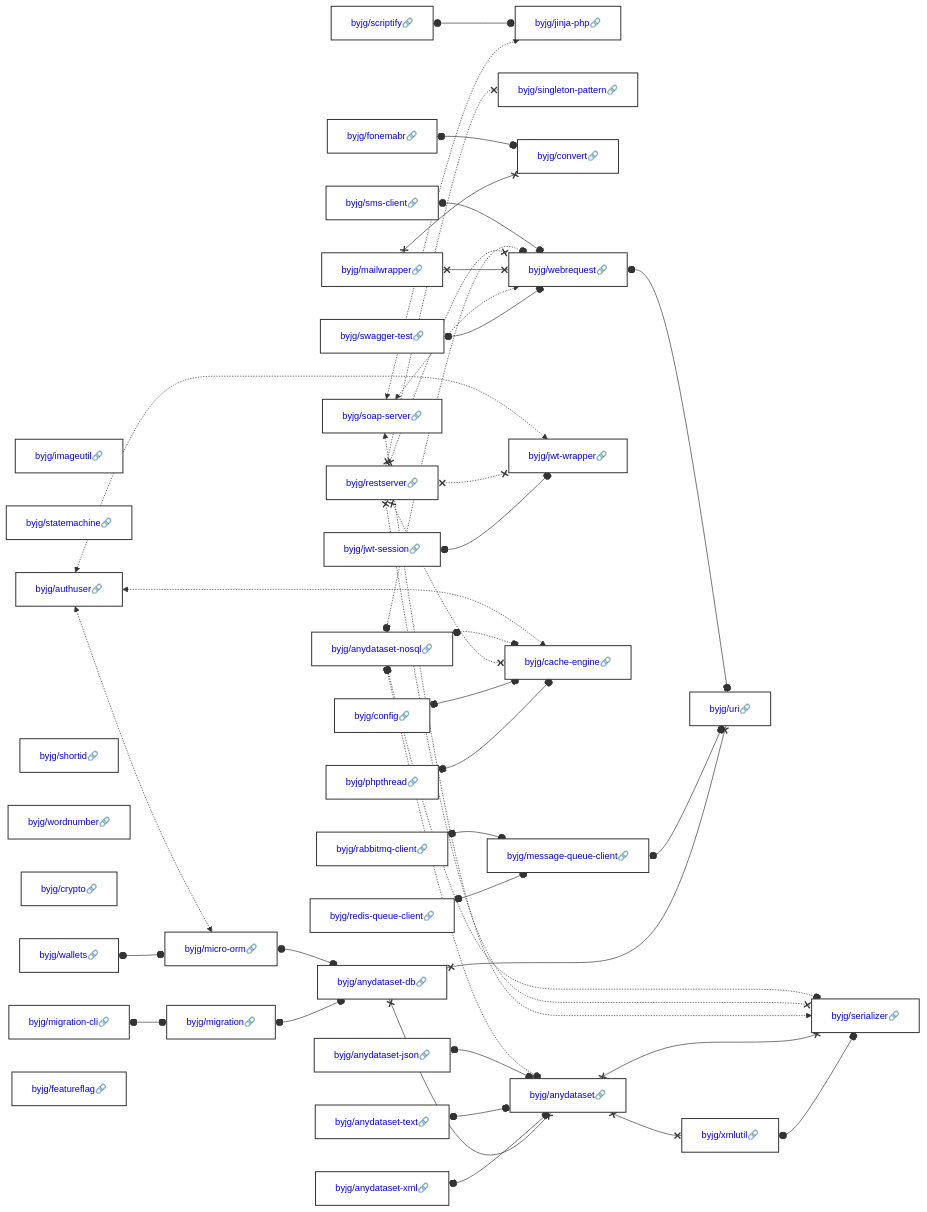
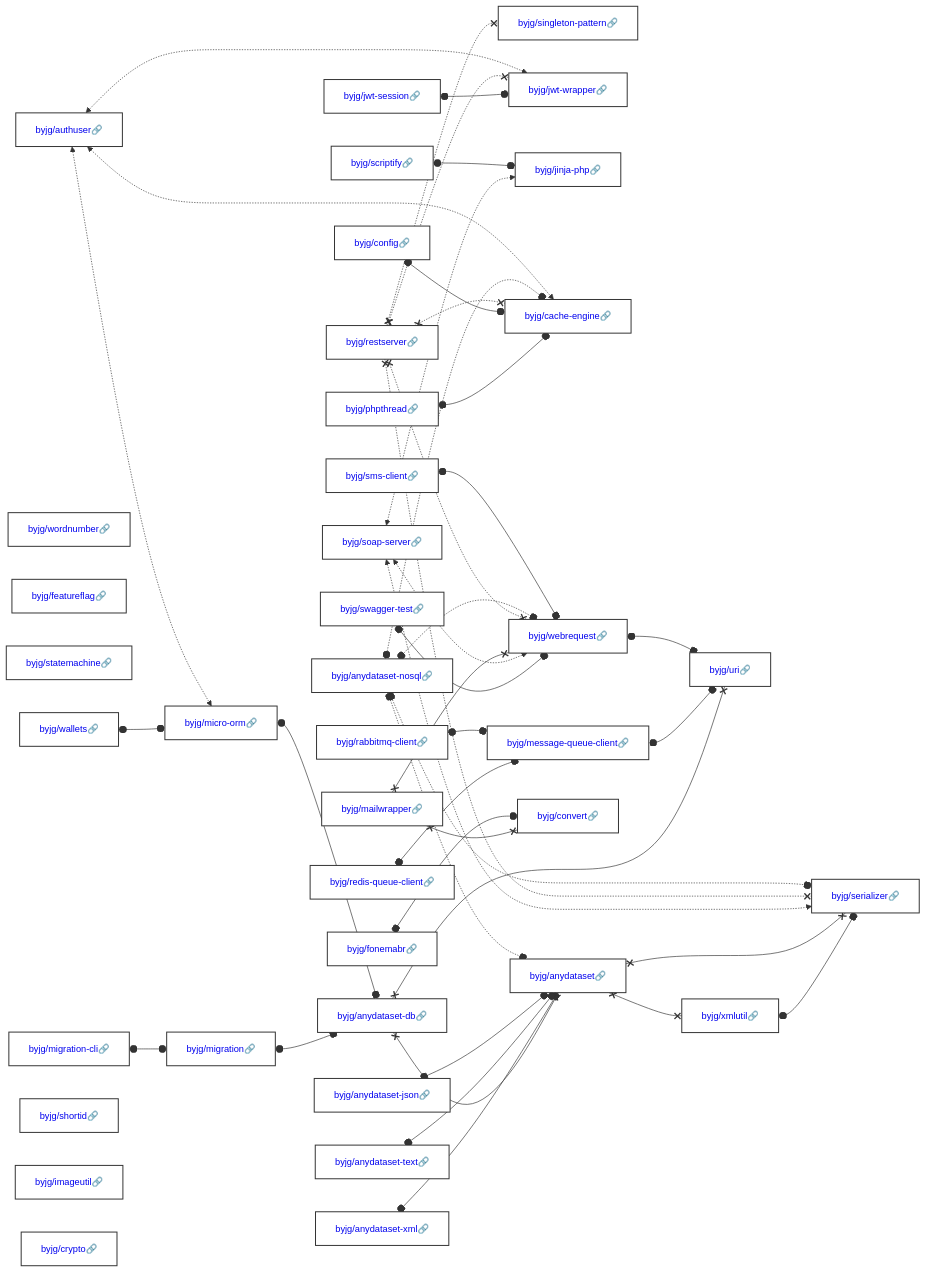
One commit to byjg/byjg.github.io changed the diagram in docs/php/README.md. Above: the diagram before and after it, drawn with Mermaid. The commit also changed other lines of this file and 7 other files, not shown here.

Commit message:
Update documentation 'php' 'php-migration'

````diff
--- a/docs/php/README.md
+++ b/docs/php/README.md
@@ -3,39 +3,39 @@
 ```mermaid
 graph LR;
+  byjg/migration-cli[<a href='https://opensource.byjg.com/docs/php/migration-cli' style='text-decoration:none'>byjg/migration-cli🔗</a>];
+  byjg/anydataset-json[<a href='https://opensource.byjg.com/docs/php/anydataset-json' style='text-decoration:none'>byjg/anydataset-json🔗</a>];
+  byjg/wordnumber[<a href='https://opensource.byjg.com/docs/php/wordnumber' style='text-decoration:none'>byjg/wordnumber🔗</a>];
+  byjg/featureflag[<a href='https://opensource.byjg.com/docs/php/featureflag' style='text-decoration:none'>byjg/featureflag🔗</a>];
+  byjg/statemachine[<a href='https://opensource.byjg.com/docs/php/statemachine' style='text-decoration:none'>byjg/statemachine🔗</a>];
+  byjg/mailwrapper[<a href='https://opensource.byjg.com/docs/php/mailwrapper' style='text-decoration:none'>byjg/mailwrapper🔗</a>];
+  byjg/authuser[<a href='https://opensource.byjg.com/docs/php/authuser' style='text-decoration:none'>byjg/authuser🔗</a>];
+  byjg/rabbitmq-client[<a href='https://opensource.byjg.com/docs/php/rabbitmq-client' style='text-decoration:none'>byjg/rabbitmq-client🔗</a>];
+  byjg/anydataset-xml[<a href='https://opensource.byjg.com/docs/php/anydataset-xml' style='text-decoration:none'>byjg/anydataset-xml🔗</a>];
+  byjg/wallets[<a href='https://opensource.byjg.com/docs/php/wallets' style='text-decoration:none'>byjg/wallets🔗</a>];
+  byjg/restserver[<a href='https://opensource.byjg.com/docs/php/restserver' style='text-decoration:none'>byjg/restserver🔗</a>];
+  byjg/shortid[<a href='https://opensource.byjg.com/docs/php/shortid' style='text-decoration:none'>byjg/shortid🔗</a>];
   byjg/soap-server[<a href='https://opensource.byjg.com/docs/php/soap-server' style='text-decoration:none'>byjg/soap-server🔗</a>];
+  byjg/swagger-test[<a href='https://opensource.byjg.com/docs/php/swagger-test' style='text-decoration:none'>byjg/swagger-test🔗</a>];
   byjg/imageutil[<a href='https://opensource.byjg.com/docs/php/imageutil' style='text-decoration:none'>byjg/imageutil🔗</a>];
-  byjg/mailwrapper[<a href='https://opensource.byjg.com/docs/php/mailwrapper' style='text-decoration:none'>byjg/mailwrapper🔗</a>];
   byjg/config[<a href='https://opensource.byjg.com/docs/php/config' style='text-decoration:none'>byjg/config🔗</a>];
+  byjg/anydataset-nosql[<a href='https://opensource.byjg.com/docs/php/anydataset-nosql' style='text-decoration:none'>byjg/anydataset-nosql🔗</a>];
+  byjg/crypto[<a href='https://opensource.byjg.com/docs/php/crypto' style='text-decoration:none'>byjg/crypto🔗</a>];
+  byjg/jwt-session[<a href='https://opensource.byjg.com/docs/php/jwt-session' style='text-decoration:none'>byjg/jwt-session🔗</a>];
   byjg/scriptify[<a href='https://opensource.byjg.com/docs/php/scriptify' style='text-decoration:none'>byjg/scriptify🔗</a>];
-  byjg/statemachine[<a href='https://opensource.byjg.com/docs/php/statemachine' style='text-decoration:none'>byjg/statemachine🔗</a>];
-  byjg/wallets[<a href='https://opensource.byjg.com/docs/php/wallets' style='text-decoration:none'>byjg/wallets🔗</a>];
-  byjg/shortid[<a href='https://opensource.byjg.com/docs/php/shortid' style='text-decoration:none'>byjg/shortid🔗</a>];
-  byjg/wordnumber[<a href='https://opensource.byjg.com/docs/php/wordnumber' style='text-decoration:none'>byjg/wordnumber🔗</a>];
-  byjg/anydataset-nosql[<a href='https://opensource.byjg.com/docs/php/anydataset-nosql' style='text-decoration:none'>byjg/anydataset-nosql🔗</a>];
-  byjg/restserver[<a href='https://opensource.byjg.com/docs/php/restserver' style='text-decoration:none'>byjg/restserver🔗</a>];
+  byjg/phpthread[<a href='https://opensource.byjg.com/docs/php/phpthread' style='text-decoration:none'>byjg/phpthread🔗</a>];
   byjg/sms-client[<a href='https://opensource.byjg.com/docs/php/sms-client' style='text-decoration:none'>byjg/sms-client🔗</a>];
   byjg/redis-queue-client[<a href='https://opensource.byjg.com/docs/php/redis-queue-client' style='text-decoration:none'>byjg/redis-queue-client🔗</a>];
-  byjg/crypto[<a href='https://opensource.byjg.com/docs/php/crypto' style='text-decoration:none'>byjg/crypto🔗</a>];
-  byjg/jwt-session[<a href='https://opensource.byjg.com/docs/php/jwt-session' style='text-decoration:none'>byjg/jwt-session🔗</a>];
-  byjg/anydataset-json[<a href='https://opensource.byjg.com/docs/php/anydataset-json' style='text-decoration:none'>byjg/anydataset-json🔗</a>];
   byjg/fonemabr[<a href='https://opensource.byjg.com/docs/php/fonemabr' style='text-decoration:none'>byjg/fonemabr🔗</a>];
-  byjg/migration-cli[<a href='https://opensource.byjg.com/docs/php/migration-cli' style='text-decoration:none'>byjg/migration-cli🔗</a>];
-  byjg/swagger-test[<a href='https://opensource.byjg.com/docs/php/swagger-test' style='text-decoration:none'>byjg/swagger-test🔗</a>];
-  byjg/authuser[<a href='https://opensource.byjg.com/docs/php/authuser' style='text-decoration:none'>byjg/authuser🔗</a>];
-  byjg/featureflag[<a href='https://opensource.byjg.com/docs/php/featureflag' style='text-decoration:none'>byjg/featureflag🔗</a>];
   byjg/anydataset-text[<a href='https://opensource.byjg.com/docs/php/anydataset-text' style='text-decoration:none'>byjg/anydataset-text🔗</a>];
-  byjg/anydataset-xml[<a href='https://opensource.byjg.com/docs/php/anydataset-xml' style='text-decoration:none'>byjg/anydataset-xml🔗</a>];
-  byjg/phpthread[<a href='https://opensource.byjg.com/docs/php/phpthread' style='text-decoration:none'>byjg/phpthread🔗</a>];
-  byjg/rabbitmq-client[<a href='https://opensource.byjg.com/docs/php/rabbitmq-client' style='text-decoration:none'>byjg/rabbitmq-client🔗</a>];
+  byjg/migration[<a href='https://opensource.byjg.com/docs/php/migration' style='text-decoration:none'>byjg/migration🔗</a>];
+  byjg/micro-orm[<a href='https://opensource.byjg.com/docs/php/micro-orm' style='text-decoration:none'>byjg/micro-orm🔗</a>];
+  byjg/singleton-pattern[<a href='https://opensource.byjg.com/docs/php/singleton-pattern' style='text-decoration:none'>byjg/singleton-pattern🔗</a>];
+  byjg/jwt-wrapper[<a href='https://opensource.byjg.com/docs/php/jwt-wrapper' style='text-decoration:none'>byjg/jwt-wrapper🔗</a>];
   byjg/jinja-php[<a href='https://opensource.byjg.com/docs/php/jinja-php' style='text-decoration:none'>byjg/jinja-php🔗</a>];
-  byjg/singleton-pattern[<a href='https://opensource.byjg.com/docs/php/singleton-pattern' style='text-decoration:none'>byjg/singleton-pattern🔗</a>];
+  byjg/cache-engine[<a href='https://opensource.byjg.com/docs/php/cache-engine' style='text-decoration:none'>byjg/cache-engine🔗</a>];
+  byjg/webrequest[<a href='https://opensource.byjg.com/docs/php/webrequest' style='text-decoration:none'>byjg/webrequest🔗</a>];
+  byjg/message-queue-client[<a href='https://opensource.byjg.com/docs/php/message-queue-client' style='text-decoration:none'>byjg/message-queue-client🔗</a>];
   byjg/convert[<a href='https://opensource.byjg.com/docs/php/convert' style='text-decoration:none'>byjg/convert🔗</a>];
-  byjg/migration[<a href='https://opensource.byjg.com/docs/php/migration' style='text-decoration:none'>byjg/migration🔗</a>];
-  byjg/webrequest[<a href='https://opensource.byjg.com/docs/php/webrequest' style='text-decoration:none'>byjg/webrequest🔗</a>];
-  byjg/micro-orm[<a href='https://opensource.byjg.com/docs/php/micro-orm' style='text-decoration:none'>byjg/micro-orm🔗</a>];
-  byjg/jwt-wrapper[<a href='https://opensource.byjg.com/docs/php/jwt-wrapper' style='text-decoration:none'>byjg/jwt-wrapper🔗</a>];
-  byjg/cache-engine[<a href='https://opensource.byjg.com/docs/php/cache-engine' style='text-decoration:none'>byjg/cache-engine🔗</a>];
-  byjg/message-queue-client[<a href='https://opensource.byjg.com/docs/php/message-queue-client' style='text-decoration:none'>byjg/message-queue-client🔗</a>];
   byjg/anydataset-db[<a href='https://opensource.byjg.com/docs/php/anydataset-db' style='text-decoration:none'>byjg/anydataset-db🔗</a>];
   byjg/anydataset[<a href='https://opensource.byjg.com/docs/php/anydataset' style='text-decoration:none'>byjg/anydataset🔗</a>];
   byjg/uri[<a href='https://opensource.byjg.com/docs/php/uri' style='text-decoration:none'>byjg/uri🔗</a>];
@@ -44,7 +44,6 @@
   byjg/xmlutil o--o byjg/serializer;
   byjg/anydataset x--x byjg/serializer;
   byjg/anydataset x--x byjg/xmlutil;
-  byjg/migration o--o byjg/anydataset-db;
   byjg/wallets o--o byjg/micro-orm;
   byjg/swagger-test o--o byjg/webrequest;
   byjg/anydataset-db x--x byjg/anydataset;
@@ -72,6 +71,7 @@
   byjg/restserver x-.-x byjg/webrequest;
   byjg/restserver x-.-x byjg/jwt-wrapper;
   byjg/anydataset-json o--o byjg/anydataset;
+  byjg/migration o--o byjg/anydataset-db;
   byjg/anydataset-nosql o-.-o byjg/anydataset;
   byjg/anydataset-nosql o-.-o byjg/serializer;
   byjg/anydataset-nosql o-.-o byjg/webrequest;
````
